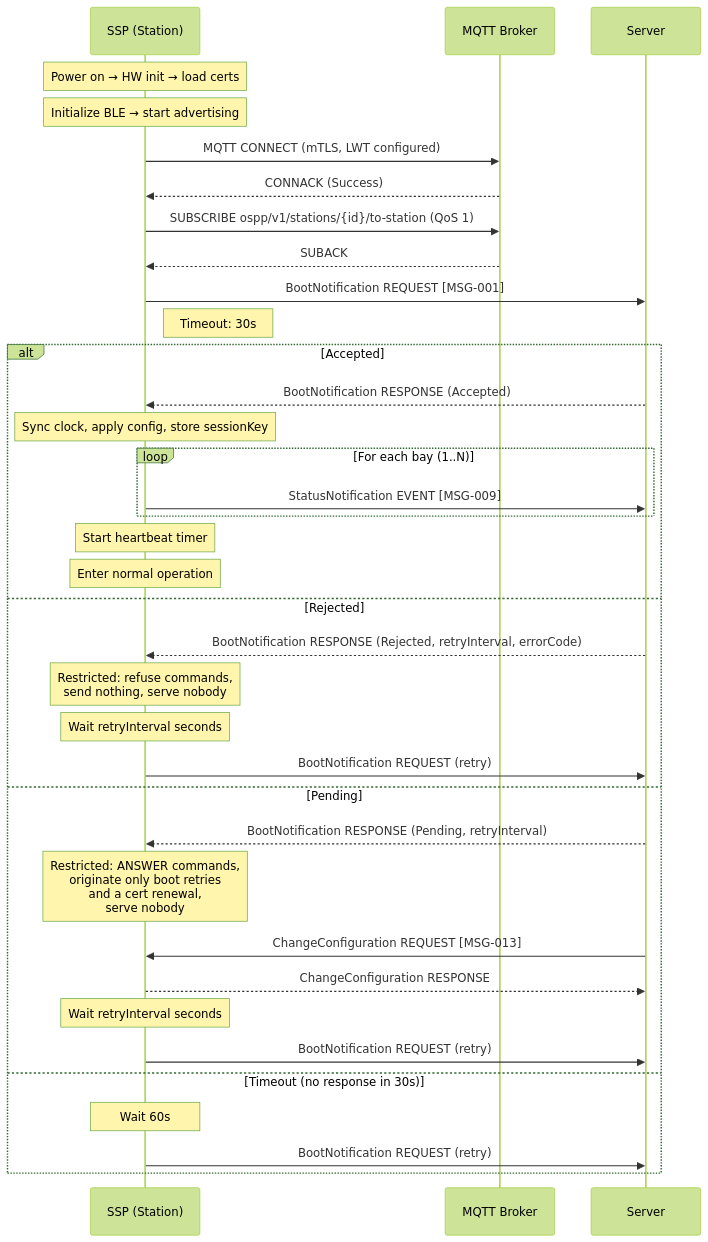
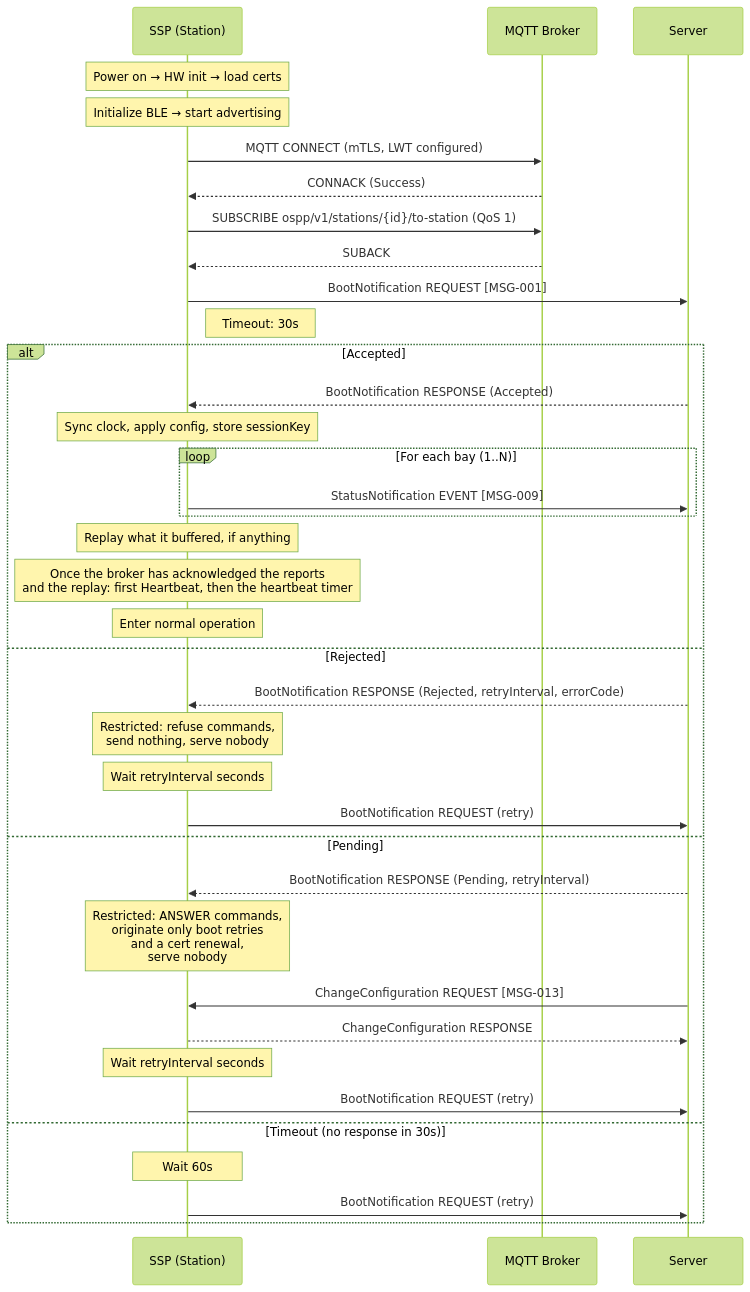
The first of 19 diagrams in spec/04-flows.md (ospp-org/spec), drawn with Mermaid (forest theme) before and after one commit. The commit also changed other lines of this file and 19 other files, not shown here.

````diff
--- a/spec/04-flows.md
+++ b/spec/04-flows.md
@@ -102,47 +102,48 @@
 ```mermaid
 sequenceDiagram
     participant SSP as SSP (Station)
     participant Broker as MQTT Broker
     participant Server
 
     Note over SSP: Power on → HW init → load certs
     Note over SSP: Initialize BLE → start advertising
 
     SSP->>Broker: MQTT CONNECT (mTLS, LWT configured)
     Broker-->>SSP: CONNACK (Success)
     SSP->>Broker: SUBSCRIBE ospp/v1/stations/{id}/to-station (QoS 1)
     Broker-->>SSP: SUBACK
 
     SSP->>Server: BootNotification REQUEST [MSG-001]
     Note right of SSP: Timeout: 30s
 
     alt Accepted
         Server-->>SSP: BootNotification RESPONSE (Accepted)
         Note over SSP: Sync clock, apply config, store sessionKey
 
         loop For each bay (1..N)
             SSP->>Server: StatusNotification EVENT [MSG-009]
         end
 
-        Note over SSP: Start heartbeat timer
+        Note over SSP: Replay what it buffered, if anything
+        Note over SSP: Once the broker has acknowledged the reports<br/>and the replay: first Heartbeat, then the heartbeat timer
         Note over SSP: Enter normal operation
 
     else Rejected
         Server-->>SSP: BootNotification RESPONSE (Rejected, retryInterval, errorCode)
         Note over SSP: Restricted: refuse commands,<br/>send nothing, serve nobody
         Note over SSP: Wait retryInterval seconds
         SSP->>Server: BootNotification REQUEST (retry)
 
     else Pending
         Server-->>SSP: BootNotification RESPONSE (Pending, retryInterval)
         Note over SSP: Restricted: ANSWER commands,<br/>originate only boot retries<br/>and a cert renewal,<br/>serve nobody
         Server->>SSP: ChangeConfiguration REQUEST [MSG-013]
         SSP-->>Server: ChangeConfiguration RESPONSE
         Note over SSP: Wait retryInterval seconds
         SSP->>Server: BootNotification REQUEST (retry)
 
     else Timeout (no response in 30s)
         Note over SSP: Wait 60s
         SSP->>Server: BootNotification REQUEST (retry)
     end
 ```
````
